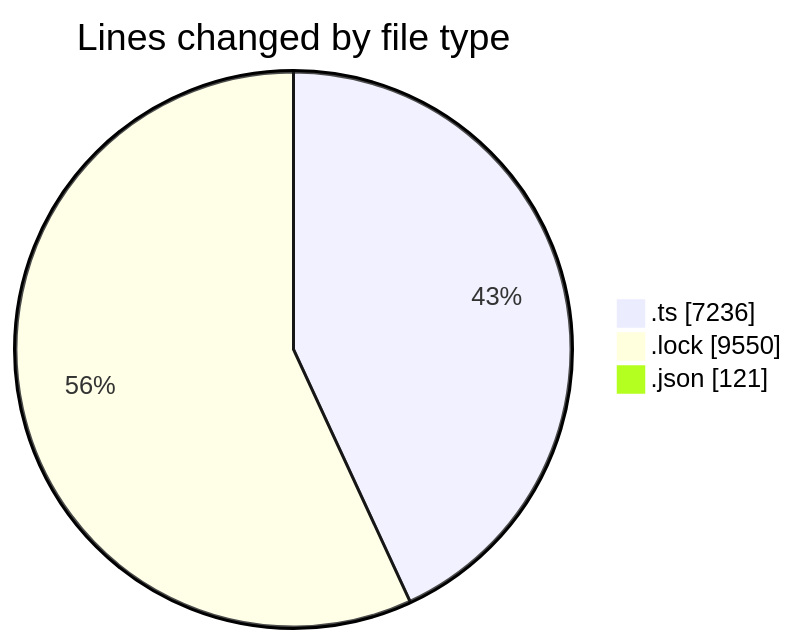
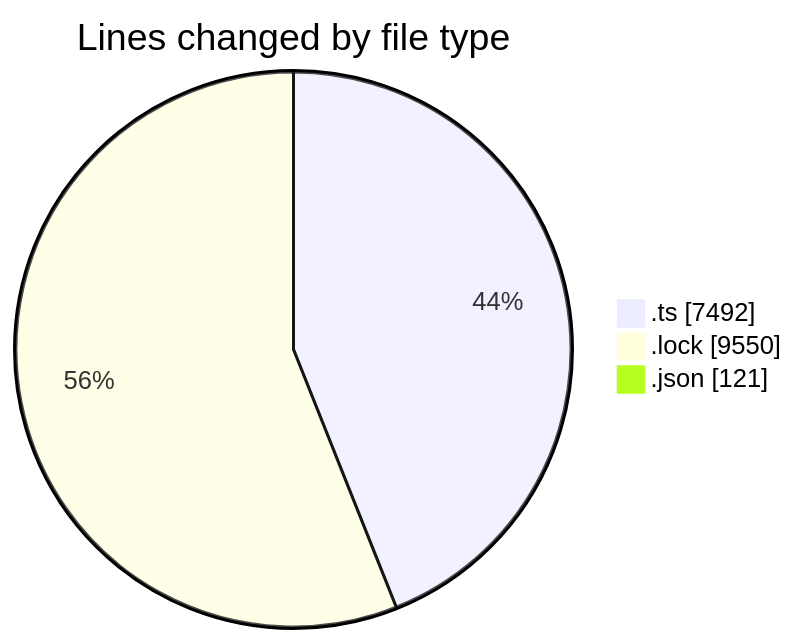
One commit to momahboobian/code-tracking changed the first of 2 diagrams in 2025-10-30/cda/README.md. Above: the diagram before and after it, drawn with Mermaid. The commit also changed other lines of this file and 1 other file, not shown here.

````diff
--- a/2025-10-30/cda/README.md
+++ b/2025-10-30/cda/README.md
@@ -28,7 +28,7 @@
 ```mermaid
 pie showData
 title Lines changed by file type
-".ts" : 7236
+".ts" : 7492
 ".lock" : 9550
 ".json" : 121
 ```
````
